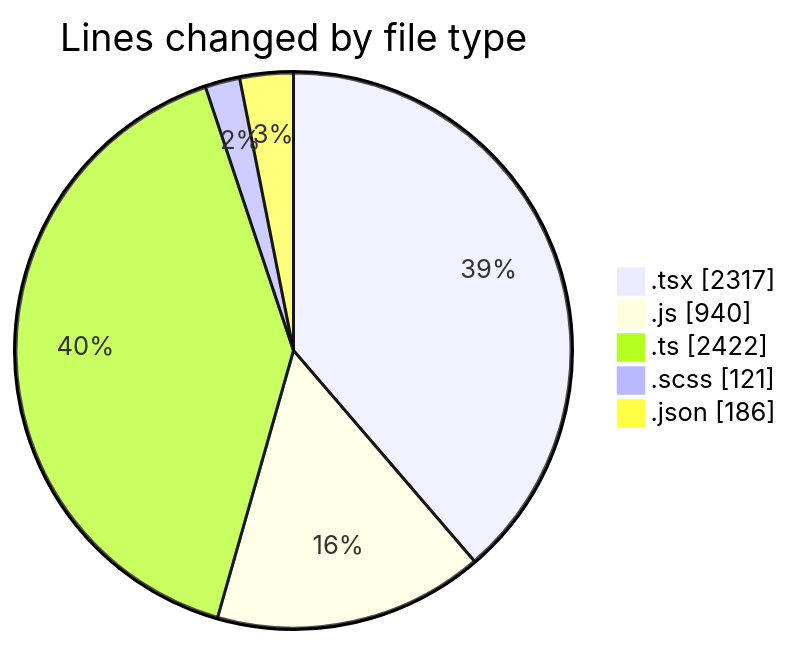
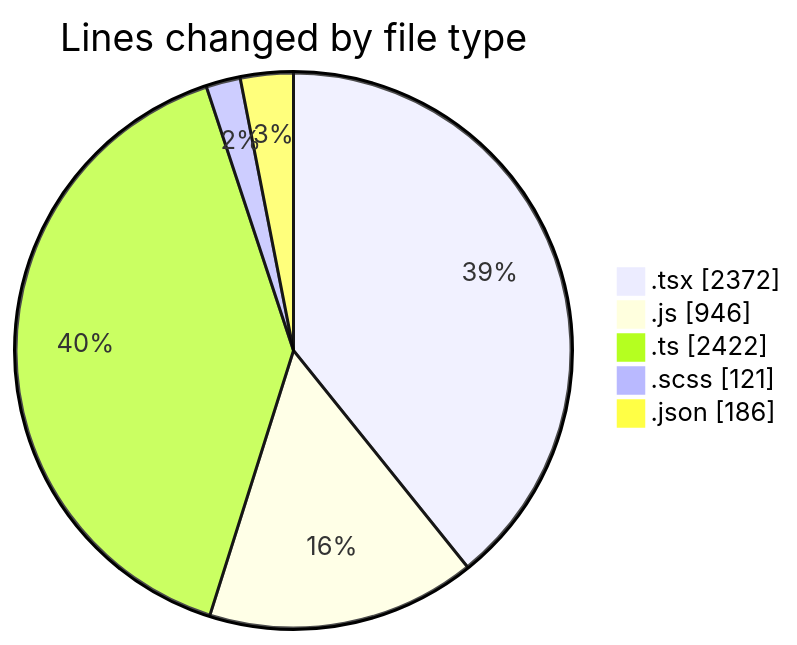
One commit to momahboobian/code-tracking changed the first of 2 diagrams in 2026-07-20/cda/README.md. Above: the diagram before and after it, drawn with Mermaid. The commit also changed other lines of this file and 1 other file, not shown here.

````diff
--- a/2026-07-20/cda/README.md
+++ b/2026-07-20/cda/README.md
@@ -51,9 +51,9 @@
 ```mermaid
 pie showData
 title Lines changed by file type
-".tsx" : 2317
-".js" : 940
+".tsx" : 2372
+".js" : 946
 ".ts" : 2422
 ".scss" : 121
 ".json" : 186
 ```
````
